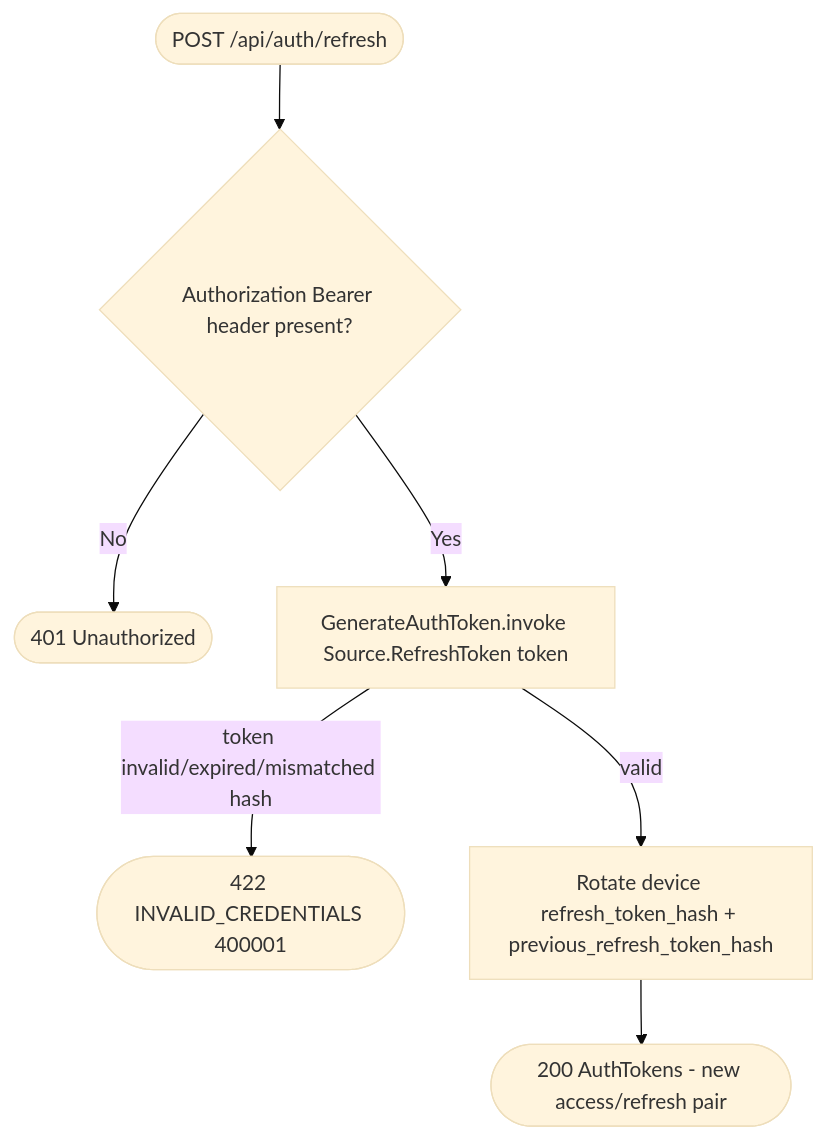
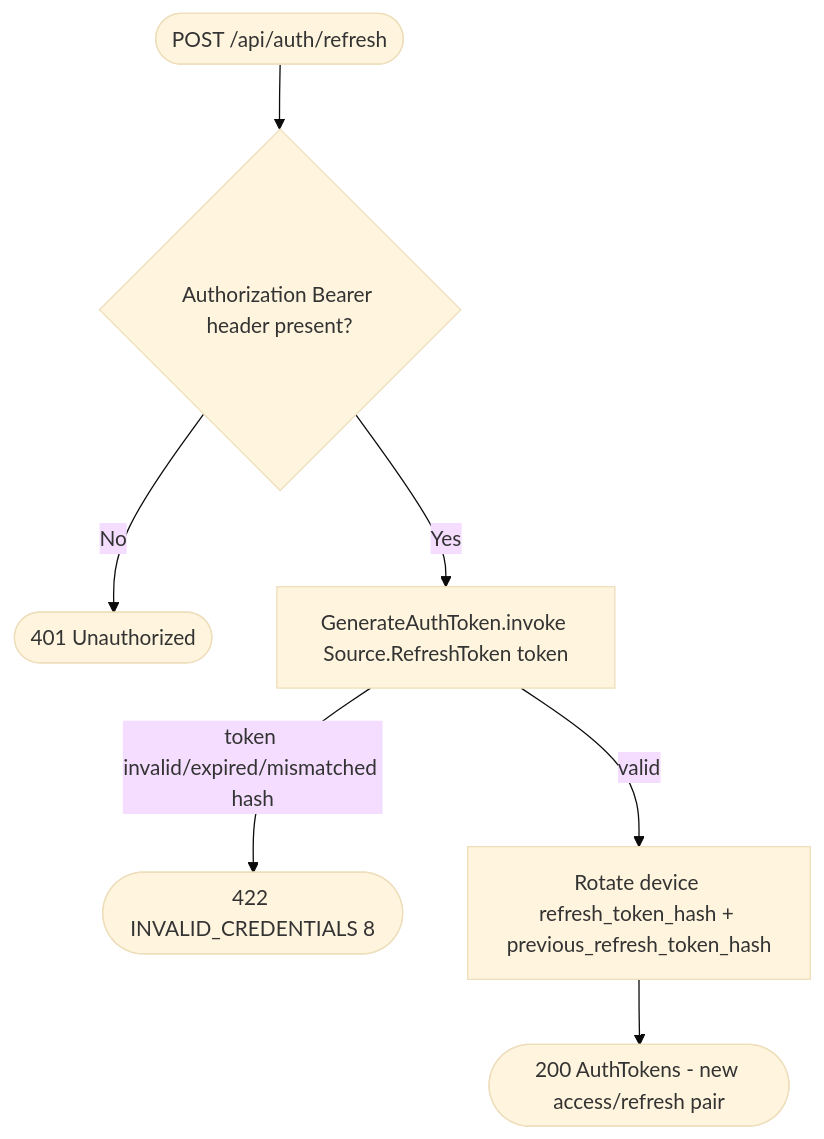
The diagram in docs/operations/authorization/refresh-token.md (nocturneproperties/bookkme), drawn with Mermaid (base theme) before and after one commit. The commit also changed 97 other files, not shown here.

````diff
--- a/docs/operations/authorization/refresh-token.md
+++ b/docs/operations/authorization/refresh-token.md
@@ -10,9 +10,9 @@
 ```mermaid
 flowchart TD
     Start([POST /api/auth/refresh]) --> HeaderCheck{Authorization Bearer header present?}
     HeaderCheck -- No --> R401a([401 Unauthorized])
     HeaderCheck -- Yes --> Gen[GenerateAuthToken.invoke Source.RefreshToken token]
-    Gen -- token invalid/expired/mismatched hash --> R422([422 INVALID_CREDENTIALS 400001])
+    Gen -- token invalid/expired/mismatched hash --> R422([422 INVALID_CREDENTIALS 8])
     Gen -- valid --> Rotate[Rotate device refresh_token_hash + previous_refresh_token_hash]
     Rotate --> R200([200 AuthTokens - new access/refresh pair])
 ```
````
